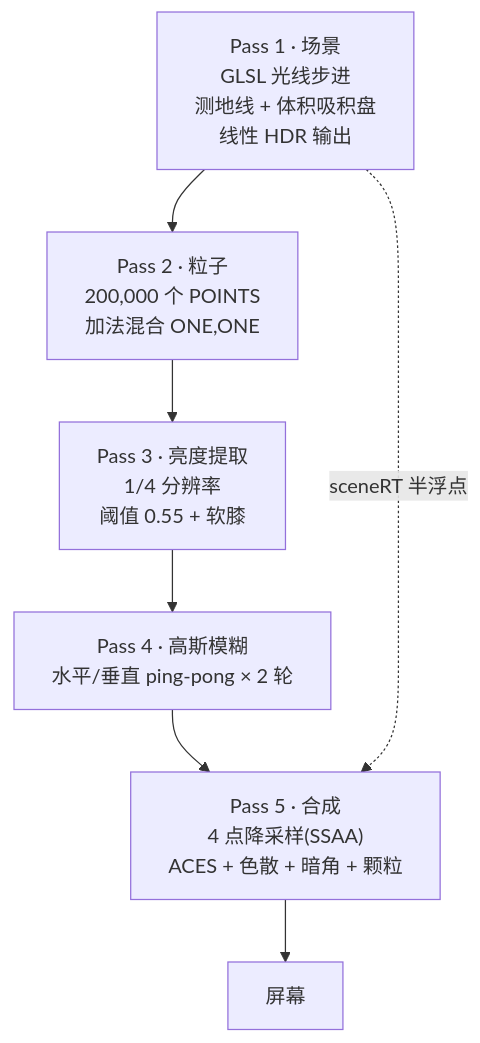
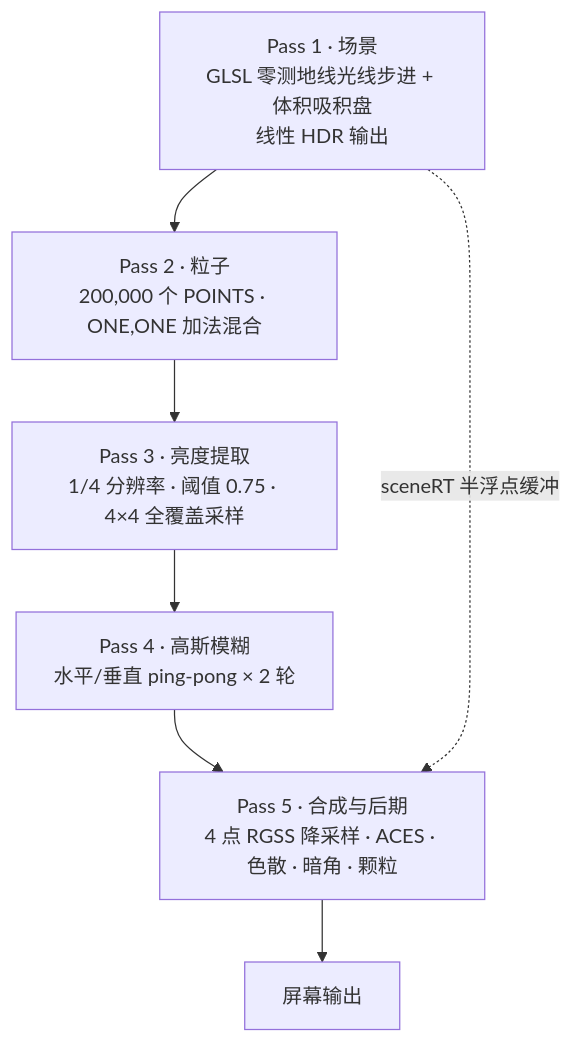
One commit to blycr/blackhole-3d changed the diagram in README.md. Above: the diagram before and after it, drawn with Mermaid. The commit also changed other lines of this file and 1 other file, not shown here.

````diff
--- a/README.md
+++ b/README.md
@@ -122,9 +119,9 @@
 ```mermaid
 flowchart TD
-    A["Pass 1 · 场景<br/>GLSL 光线步进<br/>测地线 + 体积吸积盘<br/>线性 HDR 输出"] --> B["Pass 2 · 粒子<br/>200,000 个 POINTS<br/>加法混合 ONE,ONE"]
-    B --> C["Pass 3 · 亮度提取<br/>1/4 分辨率<br/>阈值 0.55 + 软膝"]
+    A["Pass 1 · 场景<br/>GLSL 零测地线光线步进 + 体积吸积盘<br/>线性 HDR 输出"] --> B["Pass 2 · 粒子<br/>200,000 个 POINTS · ONE,ONE 加法混合"]
+    B --> C["Pass 3 · 亮度提取<br/>1/4 分辨率 · 阈值 0.75 · 4×4 全覆盖采样"]
     C --> D["Pass 4 · 高斯模糊<br/>水平/垂直 ping-pong × 2 轮"]
-    D --> E["Pass 5 · 合成<br/>4 点降采样(SSAA)<br/>ACES + 色散 + 暗角 + 颗粒"]
-    E --> F["屏幕"]
-    A -.->|sceneRT 半浮点| E
+    D --> E["Pass 5 · 合成与后期<br/>4 点 RGSS 降采样 · ACES · 色散 · 暗角 · 颗粒"]
+    E --> F["屏幕输出"]
+    A -.->|"sceneRT 半浮点缓冲"| E
 ```
````
